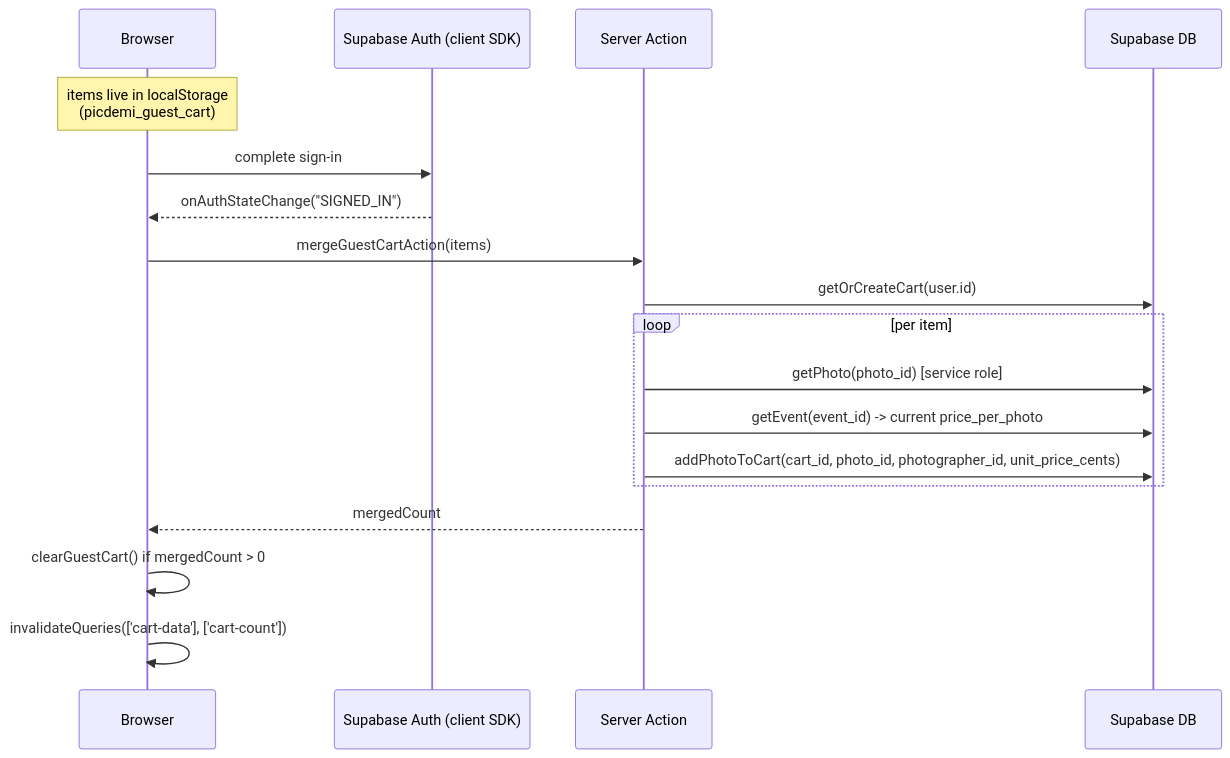
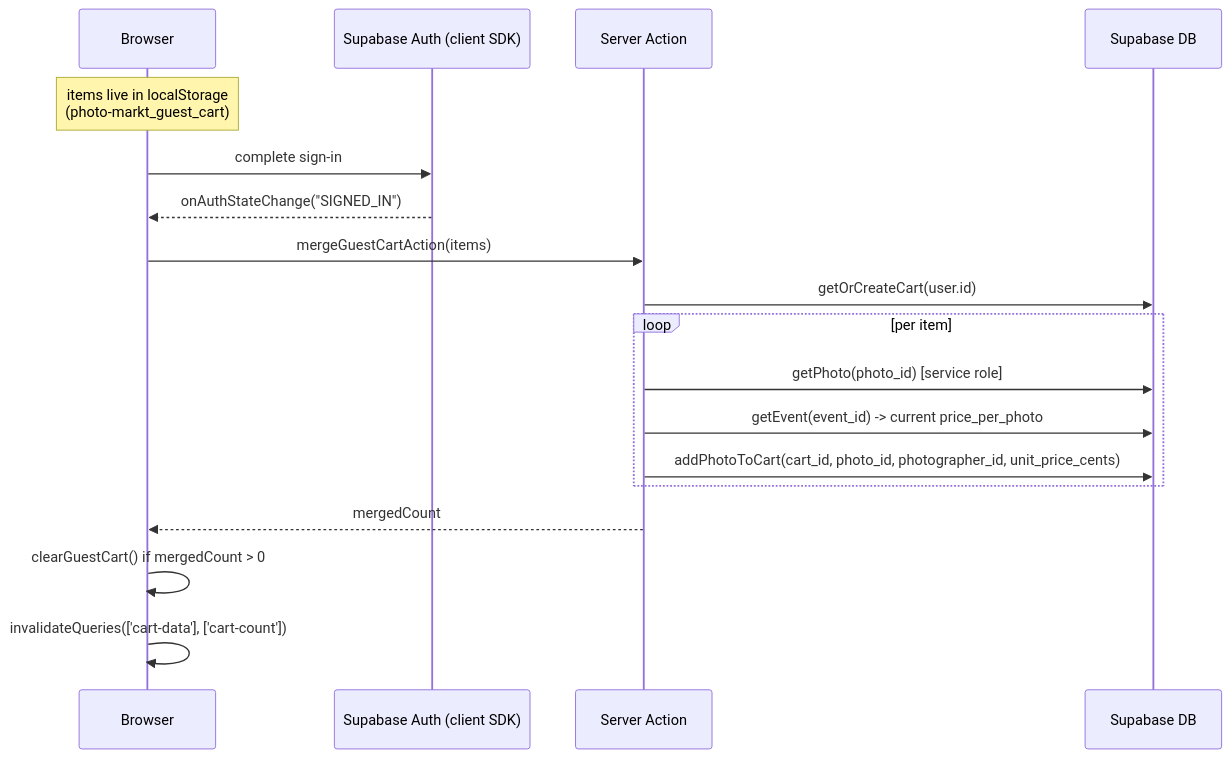
Before and after one commit to mauvies/photo-markt: the seventh of 9 diagrams in ARCHITECTURE.md, drawn with Mermaid. The commit also changed other lines of this file and 24 other files, not shown here.

````diff
--- a/ARCHITECTURE.md
+++ b/ARCHITECTURE.md
@@ -431,21 +431,21 @@
 ```mermaid
 sequenceDiagram
   participant Browser
   participant Auth as Supabase Auth (client SDK)
   participant App as Server Action
   participant SB as Supabase DB
 
-  Note over Browser: items live in localStorage<br/>(picdemi_guest_cart)
+  Note over Browser: items live in localStorage<br/>(photo-markt_guest_cart)
   Browser->>Auth: complete sign-in
   Auth-->>Browser: onAuthStateChange("SIGNED_IN")
   Browser->>App: mergeGuestCartAction(items)
   App->>SB: getOrCreateCart(user.id)
   loop per item
     App->>SB: getPhoto(photo_id) [service role]
     App->>SB: getEvent(event_id) -> current price_per_photo
     App->>SB: addPhotoToCart(cart_id, photo_id, photographer_id, unit_price_cents)
   end
   App-->>Browser: mergedCount
   Browser->>Browser: clearGuestCart() if mergedCount > 0
   Browser->>Browser: invalidateQueries(['cart-data'], ['cart-count'])
 ```
````
